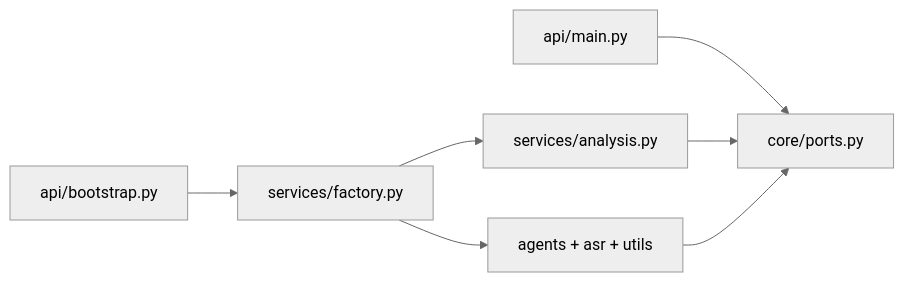
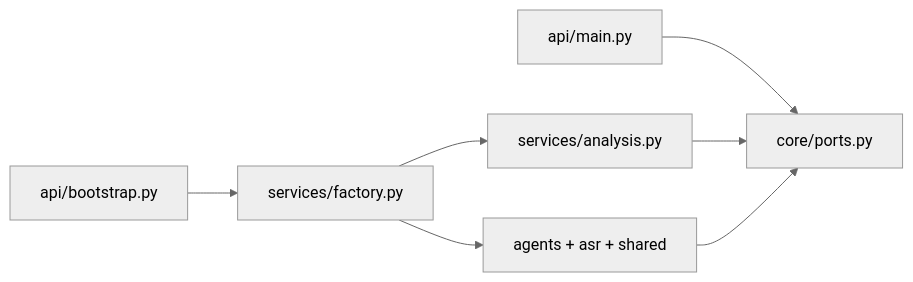
The second of 2 diagrams in README.md (vbuyel/mtbank-ai-hiring), drawn with Mermaid (neutral theme) before and after one commit. The commit also changed other lines of this file and 16 other files, not shown here.

Commit message:
renamed utils folder to shared

````diff
--- a/README.md
+++ b/README.md
@@ -49,9 +49,9 @@
 ```mermaid
 flowchart LR
     API[api/main.py] --> Ports[core/ports.py]
     Supervisor[services/analysis.py] --> Ports
-    Adapters[agents + asr + utils] --> Ports
+    Adapters[agents + asr + shared] --> Ports
     Bootstrap[api/bootstrap.py] --> Factory[services/factory.py]
     Factory --> Adapters
     Factory --> Supervisor
 ```
````
